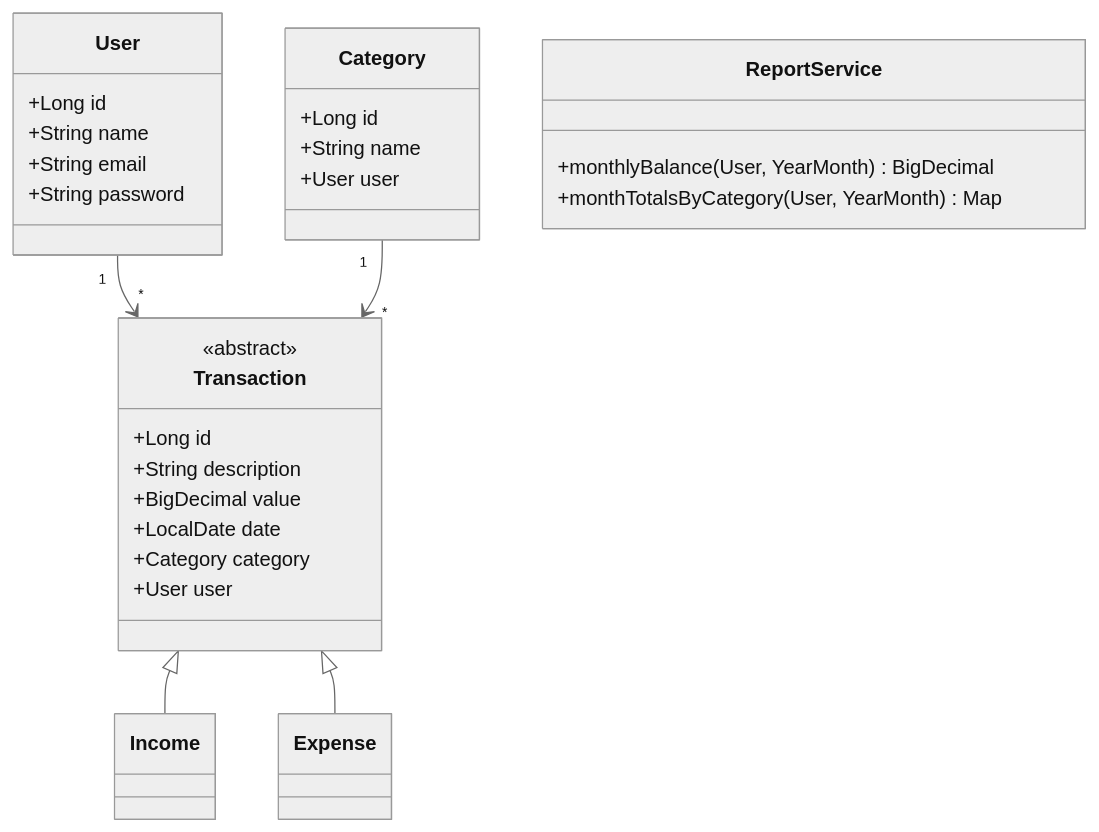
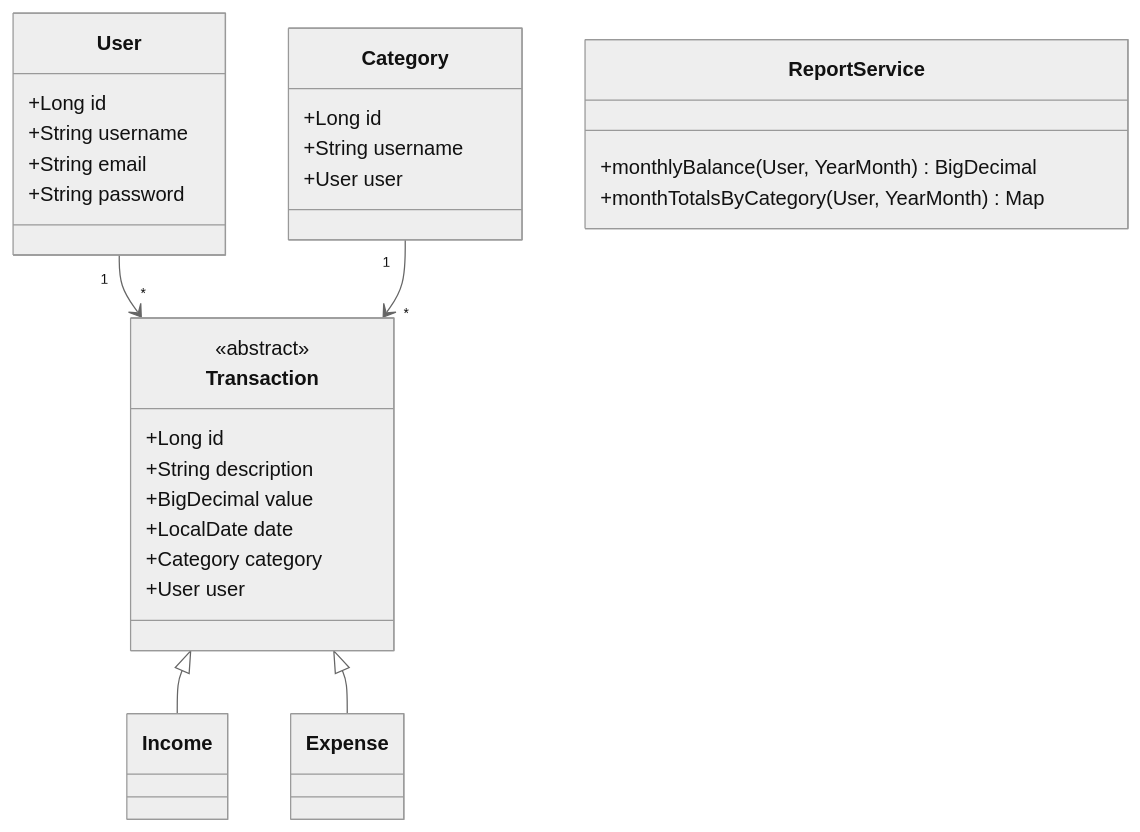
Before and after one commit to PedroPsy/Gestao-Financeira: the diagram in uml.md, drawn with Mermaid (neutral theme). The commit also changed 12 other files, not shown here.

````diff
--- a/uml.md
+++ b/uml.md
@@ -1,34 +1,34 @@
 ```mermaid
 classDiagram
     class User {
         +Long id
-        +String name
+        +String username
         +String email
         +String password
     }
     class Category {
         +Long id
-        +String name
+        +String username
         +User user
     }
     class Transaction {
         <<abstract>>
         +Long id
         +String description
         +BigDecimal value
         +LocalDate date
         +Category category
         +User user
     }
     class Income
     class Expense
     class ReportService {
         +monthlyBalance(User, YearMonth) BigDecimal
         +monthTotalsByCategory(User, YearMonth) Map
     }
 
     User "1" --> "*" Transaction
     Category "1" --> "*" Transaction
     Transaction <|-- Income
     Transaction <|-- Expense
 ```
````
